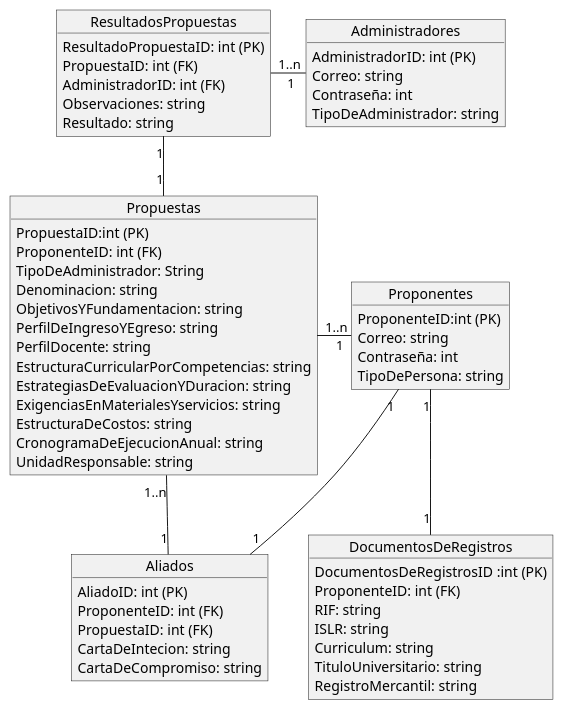
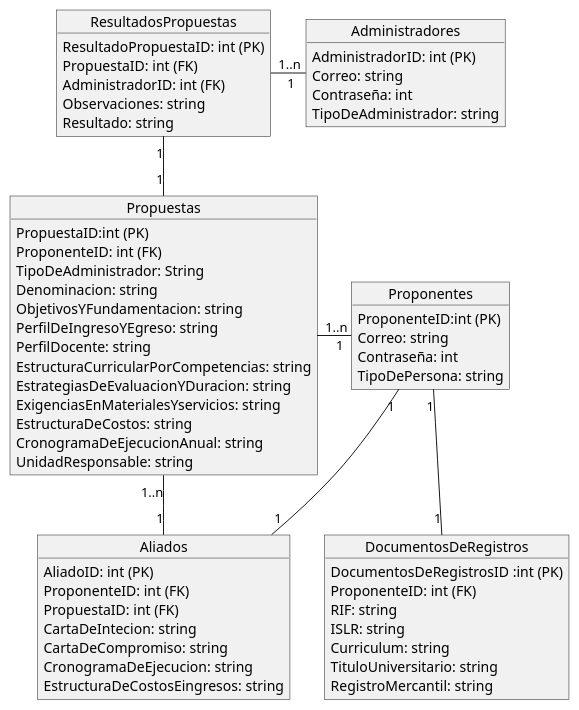
Before and after one commit to edwynG/Proyecto-ingenieria-del-software: the diagram in docs/logicalView/DatabaseDiagram.plantuml, drawn with PlantUML. The commit also changed 13 other files, not shown here.

```diff
--- a/docs/logicalView/DatabaseDiagram.plantuml
+++ b/docs/logicalView/DatabaseDiagram.plantuml
@@ -1,71 +1,73 @@
 @startuml DatabaseDiagram
 
 object Proponentes{
     ProponenteID:int (PK)
     Correo: string
     Contraseña: int
     TipoDePersona: string
 }
 
 object Administradores{
     AdministradorID: int (PK)
     Correo: string
     Contraseña: int
     TipoDeAdministrador: string
 }
 
 object DocumentosDeRegistros{
     DocumentosDeRegistrosID :int (PK)
     ProponenteID: int (FK)
     RIF: string
     ISLR: string
     Curriculum: string
     TituloUniversitario: string
     RegistroMercantil: string
 }
 
 
 
 object Propuestas{
     PropuestaID:int (PK)
     ProponenteID: int (FK)
     TipoDeAdministrador: String
     Denominacion: string
     ObjetivosYFundamentacion: string
     PerfilDeIngresoYEgreso: string
     PerfilDocente: string
     EstructuraCurricularPorCompetencias: string
     EstrategiasDeEvaluacionYDuracion: string
     ExigenciasEnMaterialesYservicios: string
     EstructuraDeCostos: string
     CronogramaDeEjecucionAnual: string
     UnidadResponsable: string
 }
 
 object ResultadosPropuestas{
     ResultadoPropuestaID: int (PK)
     PropuestaID: int (FK)
     AdministradorID: int (FK)
     Observaciones: string
     Resultado: string
 }
 
 
 object Aliados{
     AliadoID: int (PK)
     ProponenteID: int (FK)
     PropuestaID: int (FK)
     CartaDeIntecion: string
     CartaDeCompromiso: string
+    CronogramaDeEjecucion: string
+    EstructuraDeCostosEingresos: string
 }
 
 
 
 ResultadosPropuestas "1"--"1" Propuestas
 ResultadosPropuestas "1..n   "-r-- " 1 " Administradores
 DocumentosDeRegistros "1"-u-"1" Proponentes
 Propuestas "1..n "-r-" 1" Proponentes
 Aliados "1"-u-"1" Proponentes
 Aliados "1"-u-"1..n" Propuestas
 
 @enduml
```
